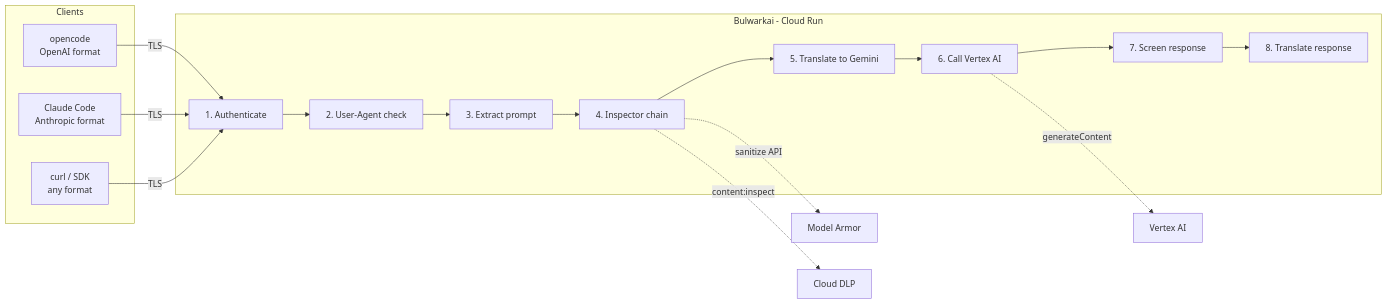
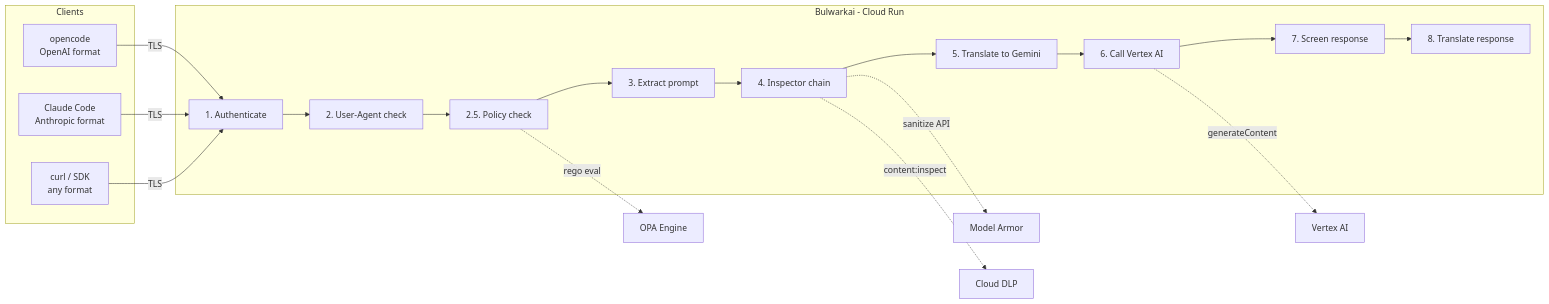
One commit to Daviey/bulwarkai changed the first of 4 diagrams in docs/design.md. Above: the diagram before and after it, drawn with Mermaid. The commit also changed other lines of this file and 16 other files, not shown here.

First line of the commit message:
feat(policy): add embedded OPA policy engine for access control (#2)

````diff
--- a/docs/design.md
+++ b/docs/design.md
@@ -5,29 +5,31 @@
 ```mermaid
 graph LR
     subgraph Clients
         OC[opencode<br/>OpenAI format]
         CC[Claude Code<br/>Anthropic format]
         CU[curl / SDK<br/>any format]
     end
 
     subgraph Bulwarkai [Bulwarkai - Cloud Run]
         AUTH[1. Authenticate]
         UA[2. User-Agent check]
+        POL[2.5. Policy check]
         EXT[3. Extract prompt]
         INSP[4. Inspector chain]
         TR[5. Translate to Gemini]
         VC[6. Call Vertex AI]
         INSR[7. Screen response]
         TR2[8. Translate response]
     end
 
     OC -->|TLS| AUTH
     CC -->|TLS| AUTH
     CU -->|TLS| AUTH
-    AUTH --> UA --> EXT --> INSP --> TR --> VC
+    AUTH --> UA --> POL --> EXT --> INSP --> TR --> VC
     VC --> INSR --> TR2
 
+    POL -.->|rego eval| OPA[OPA Engine]
     INSP -.->|sanitize API| MA[Model Armor]
     VC -.->|generateContent| VA[Vertex AI]
     INSP -.->|content:inspect| DLP[Cloud DLP]
 ```
````
